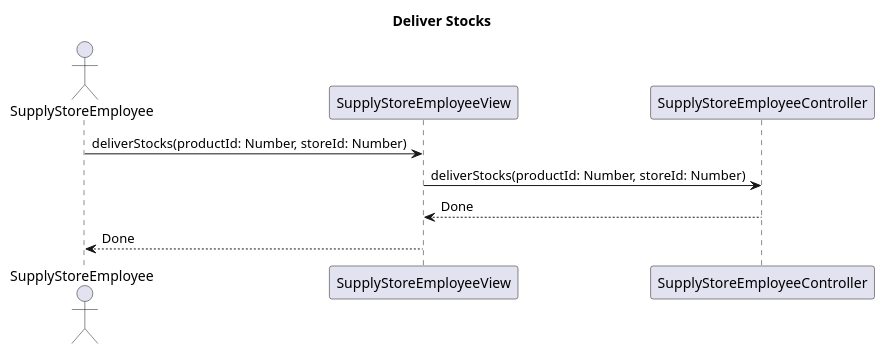
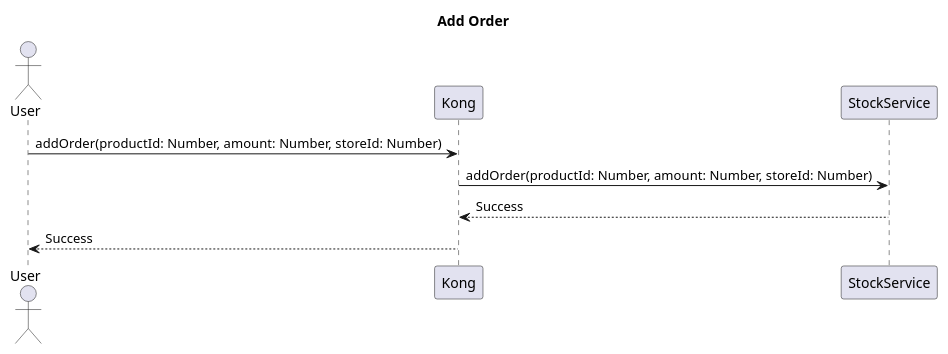
Before and after one commit to ThePhobosDeimosSuite/laboratoire-0_log430: diagram 17 of 20 in docs/rapport.md, drawn with PlantUML. The commit also changed other lines of this file and 21 other files, not shown here.

```diff
--- a/docs/rapport.md
+++ b/docs/rapport.md
@@ -282,9 +581,10 @@
-@startuml deliver-stocks
-title Deliver Stocks
-actor SupplyStoreEmployee
+@startuml add-order
+title Add Order
+actor User
 
-SupplyStoreEmployee -> SupplyStoreEmployeeView : deliverStocks(productId: Number, storeId: Number)
-SupplyStoreEmployeeView -> SupplyStoreEmployeeController : deliverStocks(productId: Number, storeId: Number)
-SupplyStoreEmployeeController --> SupplyStoreEmployeeView : Done
-SupplyStoreEmployeeView --> SupplyStoreEmployee : Done
+User -> Kong : addOrder(productId: Number, amount: Number, storeId: Number)
+Kong -> StockService : addOrder(productId: Number, amount: Number, storeId: Number)
+StockService --> Kong : Success
+Kong --> User : Success
+
 @enduml
```
